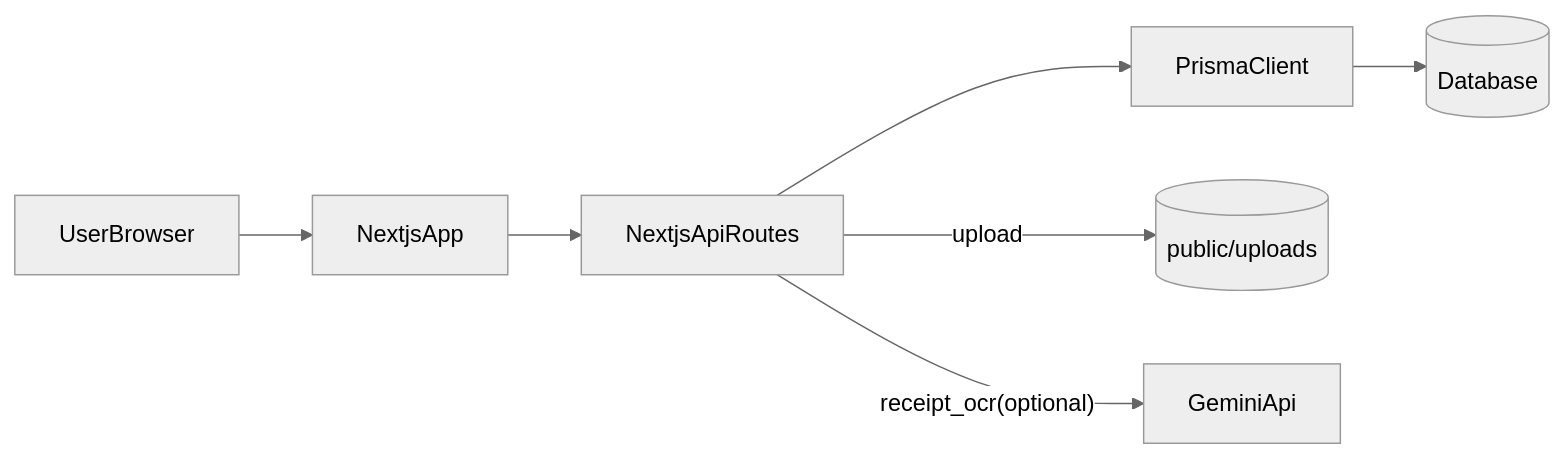
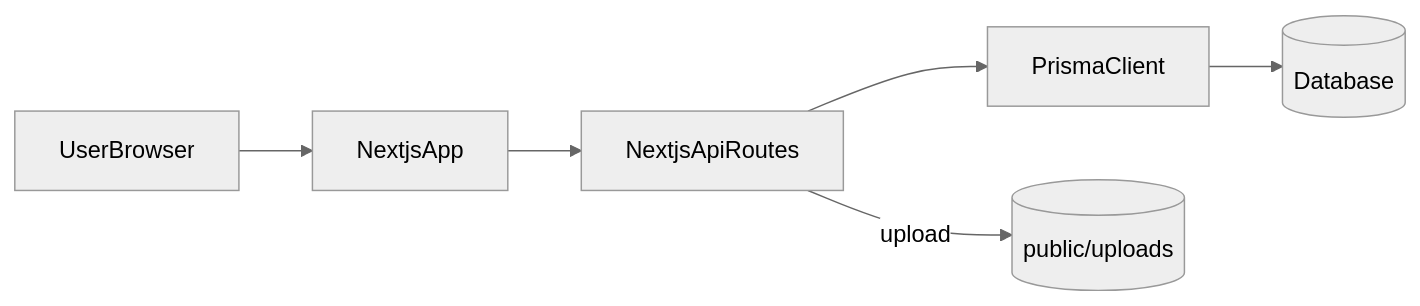
Before and after one commit to hmatsuo-ai/sanhome-sales: the diagram in SPEC.md, drawn with Mermaid (neutral theme). The commit also changed other lines of this file and 8 other files, not shown here.

````diff
--- a/SPEC.md
+++ b/SPEC.md
@@ -57,9 +56,8 @@
 ```mermaid
 flowchart LR
   user[UserBrowser] --> next[NextjsApp]
   next --> api[NextjsApiRoutes]
   api --> prisma[PrismaClient]
   prisma --> db[(Database)]
   api -->|"upload"| uploads[(public/uploads)]
-  api -->|"receipt_ocr(optional)"| gemini[GeminiApi]
 ```
````
